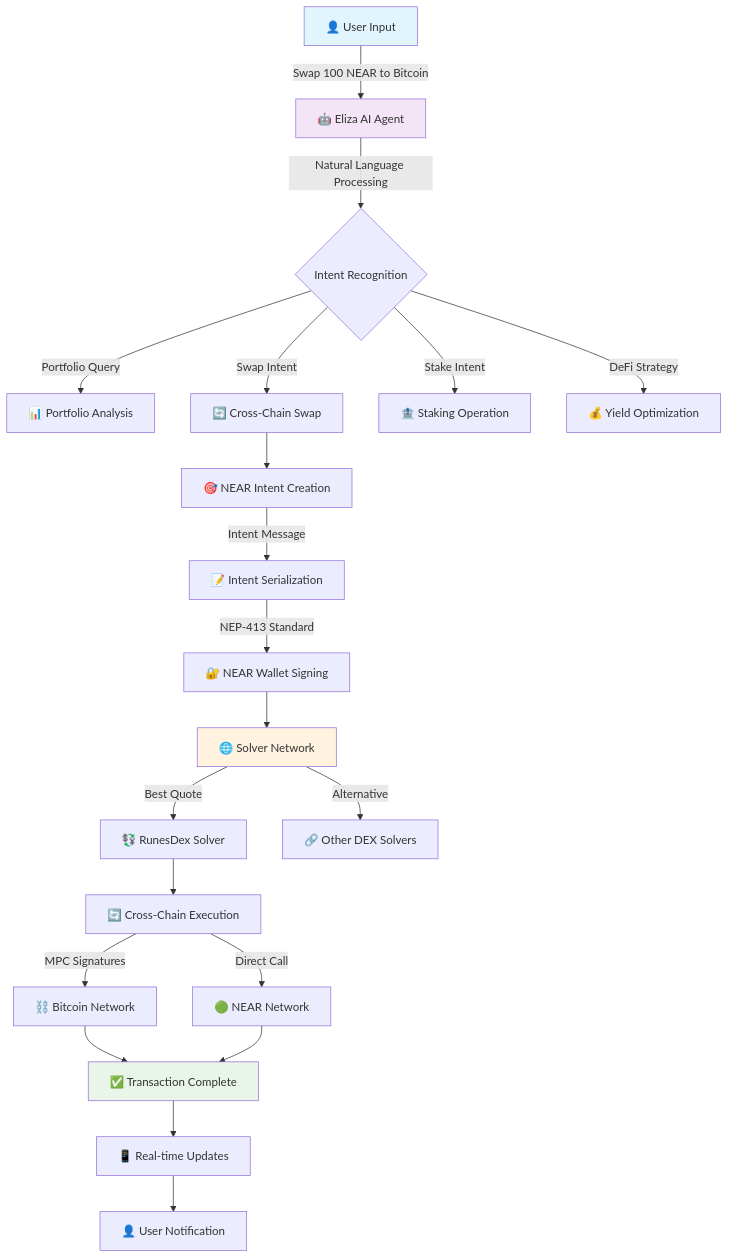
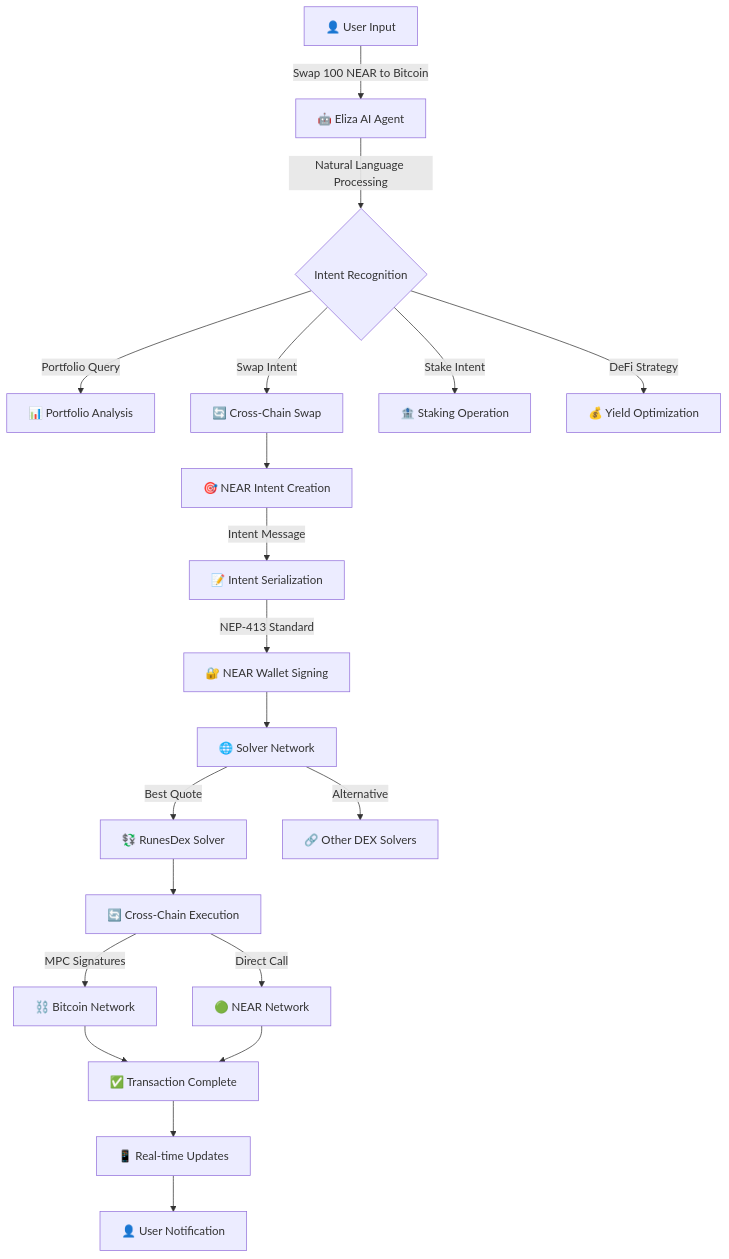
Before and after one commit to kamalbuilds/ava-the-ai-agent: the diagram in README.md, drawn with Mermaid.

Commit message:
remove the fill

````diff
--- a/README.md
+++ b/README.md
@@ -56,32 +56,28 @@
 ```mermaid
 graph TD
     A[👤 User Input] -->|"Swap 100 NEAR to Bitcoin"| B[🤖 Eliza AI Agent]
     B -->|Natural Language Processing| C{Intent Recognition}
     
     C -->|Portfolio Query| D[📊 Portfolio Analysis]
     C -->|Swap Intent| E[🔄 Cross-Chain Swap]
     C -->|Stake Intent| F[🏦 Staking Operation]
     C -->|DeFi Strategy| G[💰 Yield Optimization]
     
     E --> H[🎯 NEAR Intent Creation]
     H -->|Intent Message| I[📝 Intent Serialization]
     I -->|NEP-413 Standard| J[🔐 NEAR Wallet Signing]
     
     J --> K[🌐 Solver Network]
     K -->|Best Quote| L[💱 RunesDex Solver]
     K -->|Alternative| M[🔗 Other DEX Solvers]
     
     L --> N[🔄 Cross-Chain Execution]
     N -->|MPC Signatures| O[⛓️ Bitcoin Network]
     N -->|Direct Call| P[🟢 NEAR Network]
     
     O --> Q[✅ Transaction Complete]
     P --> Q
     Q --> R[📱 Real-time Updates]
     R --> S[👤 User Notification]
     
-    style A fill:#e1f5fe
-    style B fill:#f3e5f5
-    style K fill:#fff3e0
-    style Q fill:#e8f5e8
 ```
````
